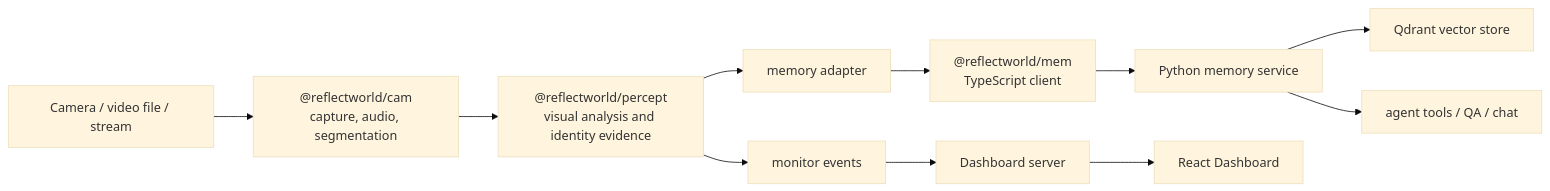
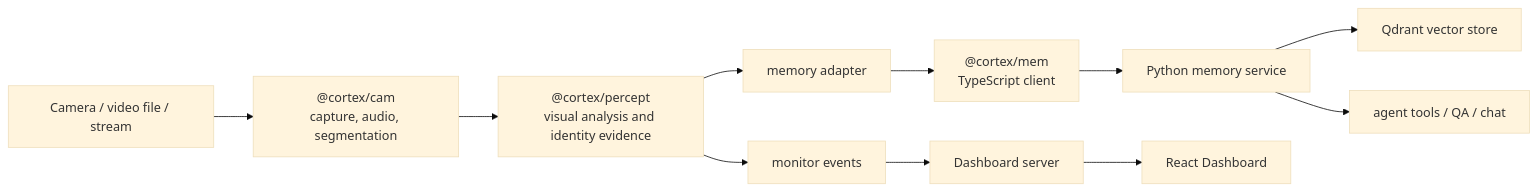
One commit to Samrat-Madake/Cortex changed the diagram in ReflectWorld/docs/architecture/overview.md. Above: the diagram before and after it, drawn with Mermaid (base theme). The commit also changed other lines of this file and 341 other files, not shown here.

````diff
--- a/ReflectWorld/docs/architecture/overview.md
+++ b/ReflectWorld/docs/architecture/overview.md
@@ -13,13 +13,13 @@
 ```mermaid
 graph LR
-    Source["Camera / video file / stream"] --> Cam["@reflectworld/cam<br/>capture, audio, segmentation"]
-    Cam --> Percept["@reflectworld/percept<br/>visual analysis and identity evidence"]
+    Source["Camera / video file / stream"] --> Cam["@cortex/cam<br/>capture, audio, segmentation"]
+    Cam --> Percept["@cortex/percept<br/>visual analysis and identity evidence"]
     Percept --> MemoryAdapter["memory adapter"]
-    MemoryAdapter --> MemClient["@reflectworld/mem<br/>TypeScript client"]
+    MemoryAdapter --> MemClient["@cortex/mem<br/>TypeScript client"]
     MemClient --> MemService["Python memory service"]
     MemService --> Qdrant["Qdrant vector store"]
     Percept --> Events["monitor events"]
     Events --> DashboardServer["Dashboard server"]
     DashboardServer --> Dashboard["React Dashboard"]
     MemService --> Agent["agent tools / QA / chat"]
 ```
````
